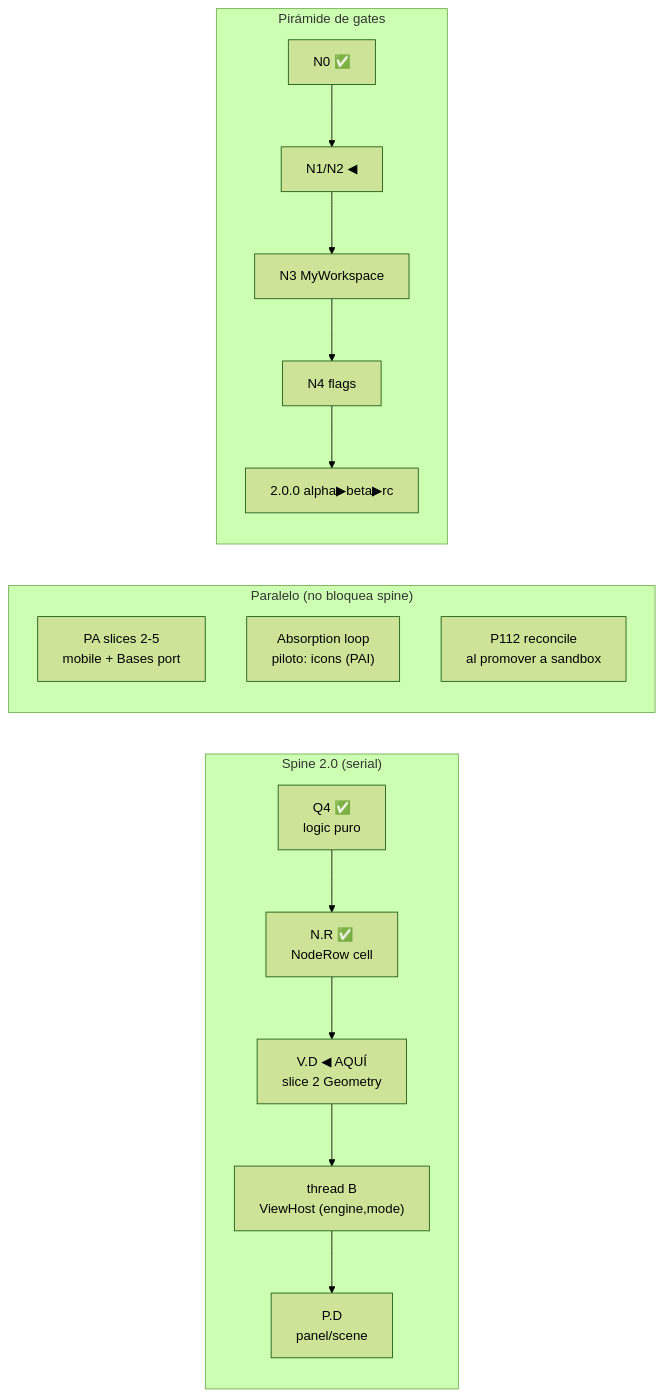
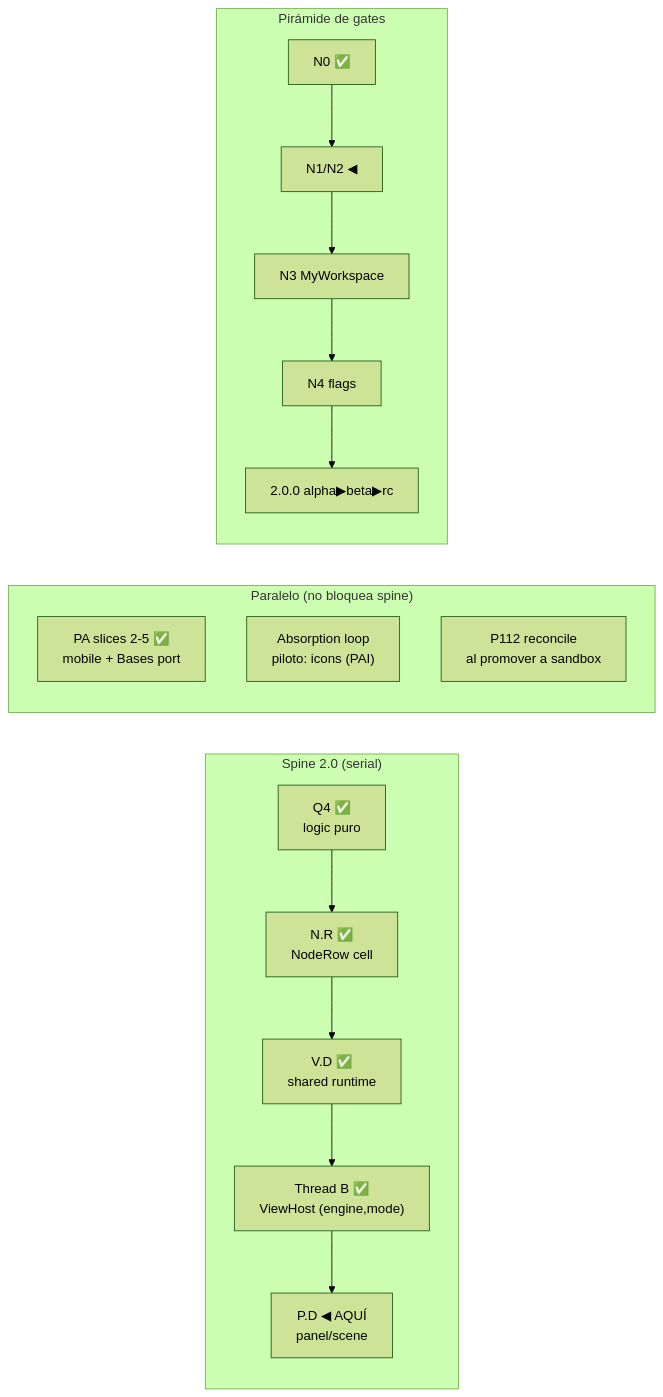
One commit to Meibbo/Vaultman changed the diagram in .agents/docs/current/norte.md. Above: the diagram before and after it, drawn with Mermaid (forest theme). The commit also changed other lines of this file and 5 other files, not shown here.

````diff
--- a/.agents/docs/current/norte.md
+++ b/.agents/docs/current/norte.md
@@ -49,14 +50,14 @@
 ```mermaid
 flowchart LR
     subgraph SPINE["Spine 2.0 (serial)"]
-        Q4["Q4 ✅<br/>logic puro"] --> NR["N.R ✅<br/>NodeRow cell"] --> VD["V.D ◀ AQUÍ<br/>slice 2 Geometry"] --> TB["thread B<br/>ViewHost (engine,mode)"] --> PD["P.D<br/>panel/scene"]
+        Q4["Q4 ✅<br/>logic puro"] --> NR["N.R ✅<br/>NodeRow cell"] --> VD["V.D ✅<br/>shared runtime"] --> TB["Thread B ✅<br/>ViewHost (engine,mode)"] --> PD["P.D ◀ AQUÍ<br/>panel/scene"]
     end
     subgraph PAR["Paralelo (no bloquea spine)"]
-        PA["PA slices 2-5<br/>mobile + Bases port"]
+        PA["PA slices 2-5 ✅<br/>mobile + Bases port"]
         PAI["Absorption loop<br/>piloto: icons (PAI)"]
         P112["P112 reconcile<br/>al promover a sandbox"]
     end
     subgraph PYR["Pirámide de gates"]
         N0["N0 ✅"] --> N1["N1/N2 ◀"] --> N3["N3 MyWorkspace"] --> N4["N4 flags"] --> R["2.0.0 alpha▶beta▶rc"]
     end
 ```
````
